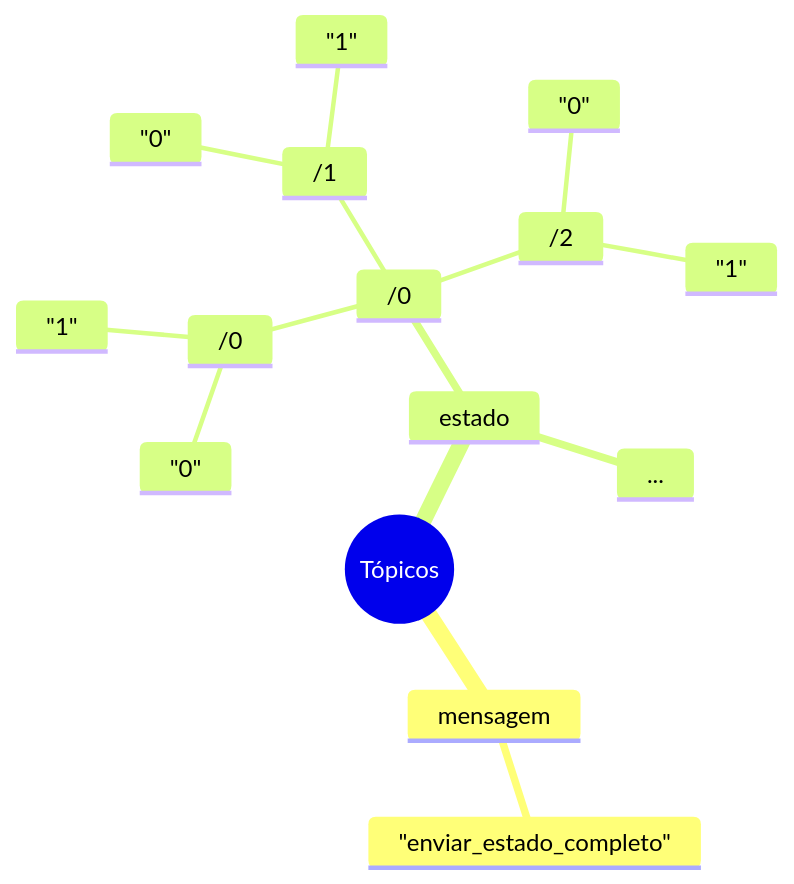
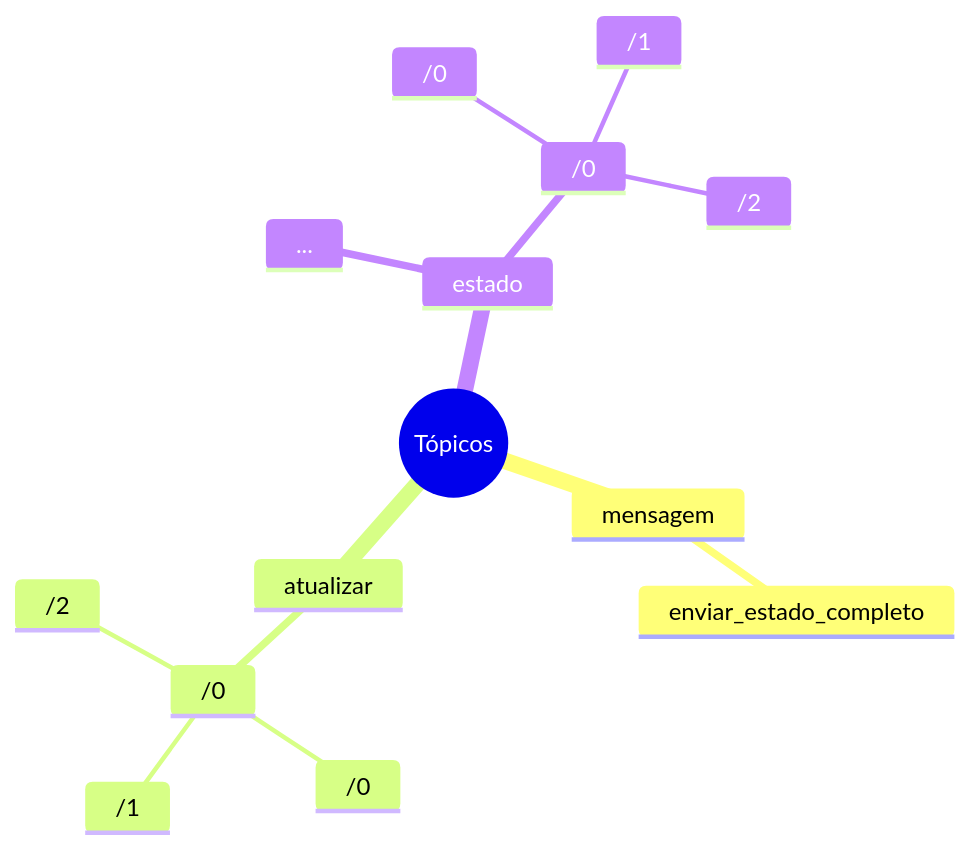
One commit to ederson-torresini/itl20231 changed the first of 5 diagrams in projeto-da-disciplina.md. Above: the diagram before and after it, drawn with Mermaid. The commit also changed other lines of this file and 2 other files, not shown here.

Commit message:
Corrigindo mensagens de atualização de estado

````diff
--- a/projeto-da-disciplina.md
+++ b/projeto-da-disciplina.md
@@ -35,18 +35,17 @@
 ```mermaid
 mindmap
   root((Tópicos))
     mensagem
-      "enviar_estado_completo"
+      enviar_estado_completo
+    atualizar
+      /0
+        /0
+        /1
+        /2
     estado
       /0
         /0
-          "0"
-          "1"
         /1
-          "0"
-          "1"
         /2
-          "0"
-          "1"
       ...
 ```
````
